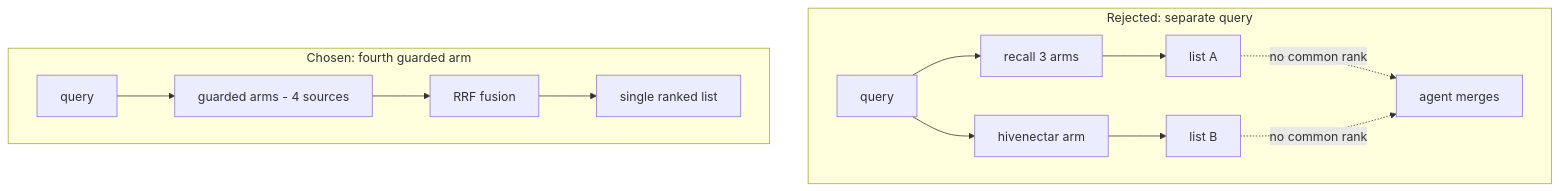
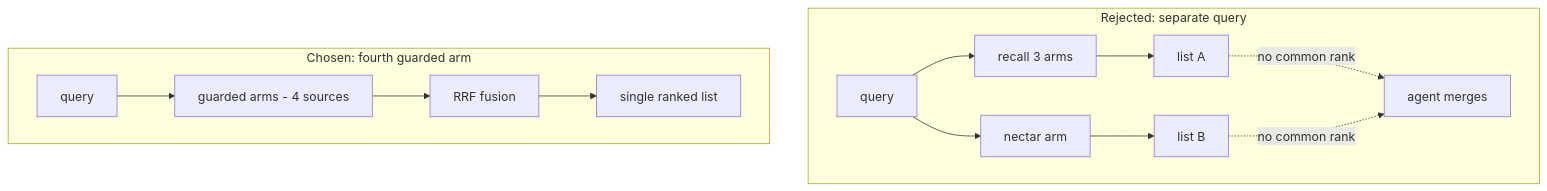
One commit to legioncodeinc/nectar changed the second of 2 diagrams in library/knowledge/private/data/recall-integration-deep-dive/recall-integration-introduction-and-theory.md. Above: the diagram before and after it, drawn with Mermaid. The commit also changed other lines of this file and 337 other files, not shown here.

````diff
--- a/library/knowledge/private/data/recall-integration-deep-dive/recall-integration-introduction-and-theory.md
+++ b/library/knowledge/private/data/recall-integration-deep-dive/recall-integration-introduction-and-theory.md
@@ -81,16 +81,16 @@
 ```mermaid
 flowchart TD
     subgraph rejected["Rejected: separate query"]
         q1["query"] --> r1["recall 3 arms"]
-        q1 --> h1["hivenectar arm"]
+        q1 --> h1["nectar arm"]
         r1 --> l1["list A"]
         h1 --> l2["list B"]
         l1 -. no common rank .-> merge1["agent merges"]
         l2 -. no common rank .-> merge1
     end
     subgraph chosen["Chosen: fourth guarded arm"]
         q2["query"] --> u["guarded arms - 4 sources"]
         u --> rrf["RRF fusion"]
         rrf --> single["single ranked list"]
     end
 ```
````
